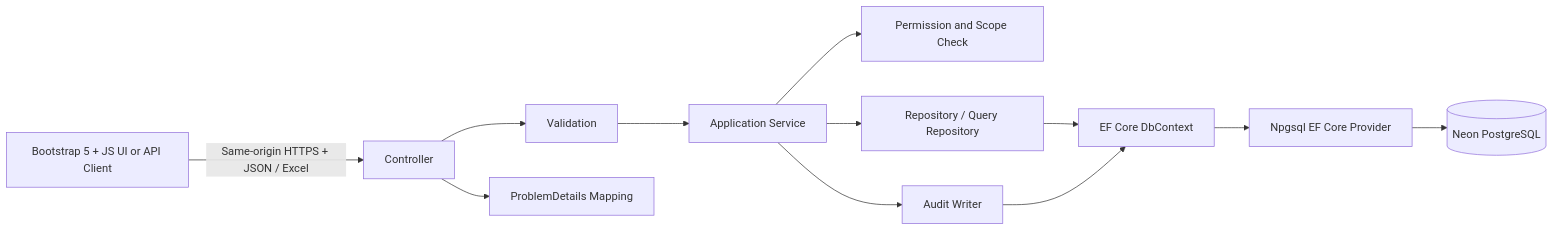
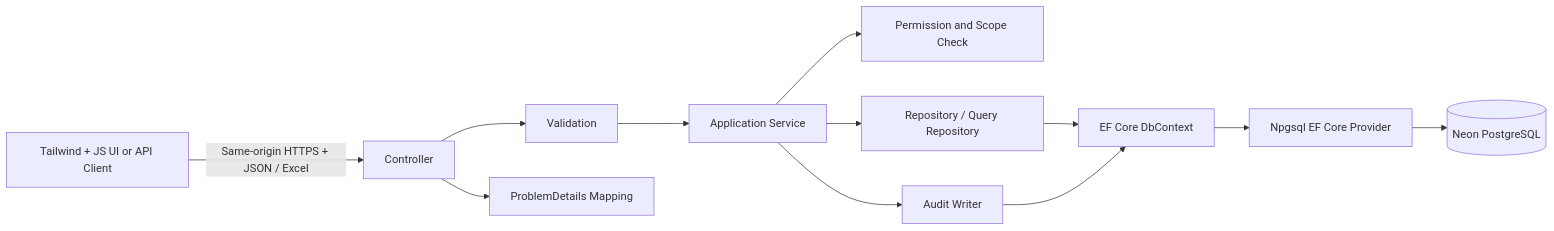
One commit to tthuy05/hethongqltaisancntt changed the first of 4 diagrams in docs/architecture.md. Above: the diagram before and after it, drawn with Mermaid. The commit also changed other lines of this file and 41 other files, not shown here.

````diff
--- a/docs/architecture.md
+++ b/docs/architecture.md
@@ -13,14 +13,14 @@
 ```mermaid
 flowchart LR
-    Client[Bootstrap 5 + JS UI or API Client] -->|Same-origin HTTPS + JSON / Excel| Controller[Controller]
+    Client[Tailwind + JS UI or API Client] -->|Same-origin HTTPS + JSON / Excel| Controller[Controller]
     Controller --> Validation[Validation]
     Validation --> Service[Application Service]
     Service --> Authorization[Permission and Scope Check]
     Service --> Repository[Repository / Query Repository]
     Repository --> DbContext[EF Core DbContext]
     DbContext --> Npgsql[Npgsql EF Core Provider]
     Npgsql --> Database[(Neon PostgreSQL)]
     Service --> Audit[Audit Writer]
     Audit --> DbContext
     Controller --> ProblemDetails[ProblemDetails Mapping]
 ```
````
